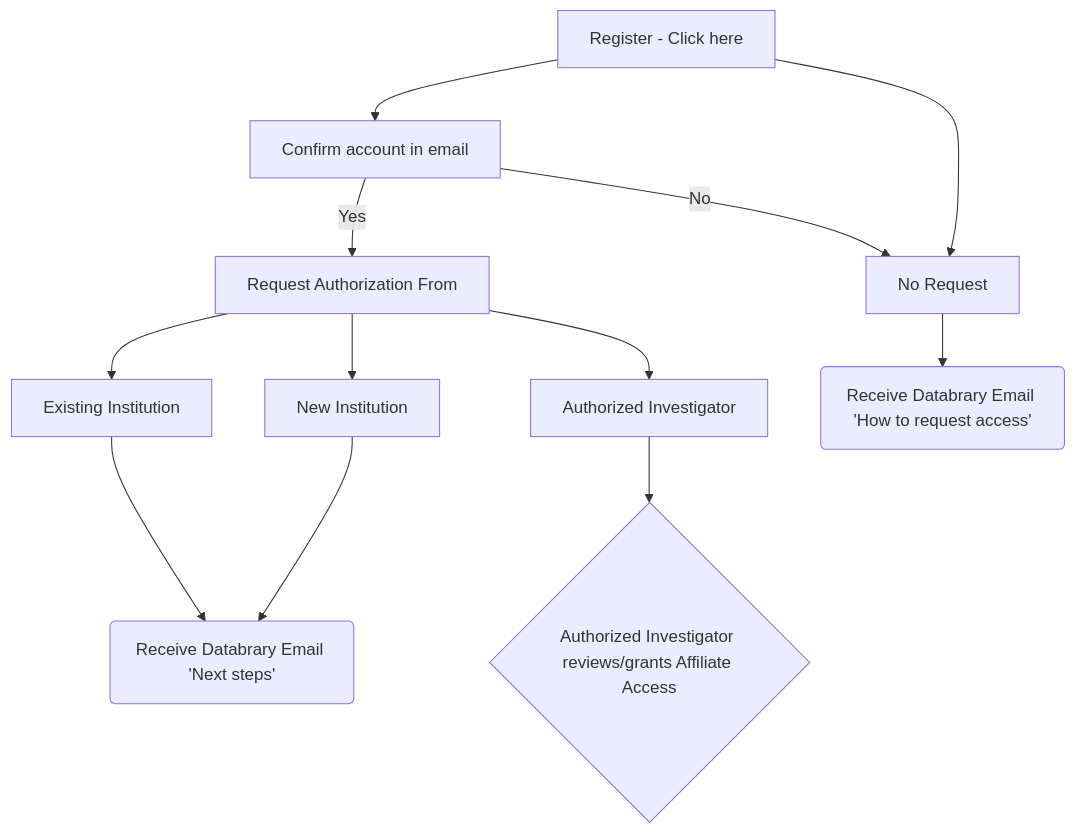
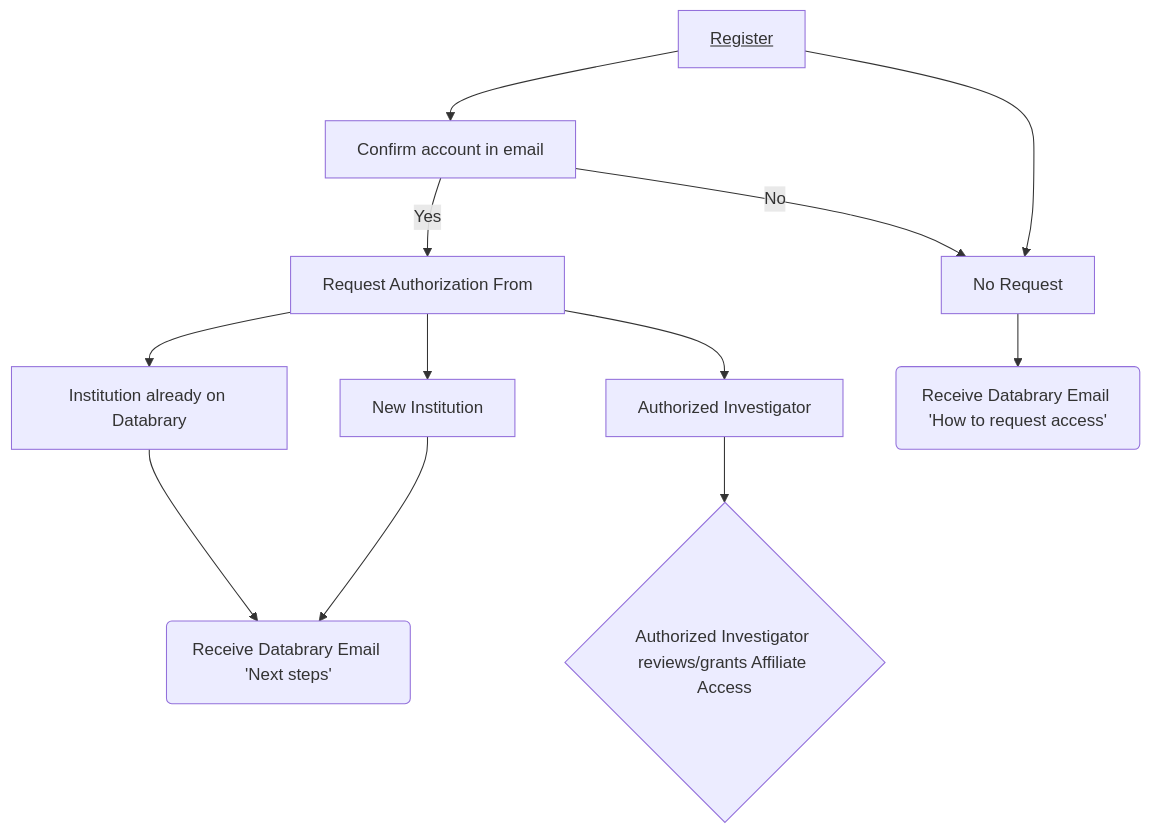
The second of 3 diagrams in src/admin/flowcharts.qmd (databrary/guide), drawn with Mermaid before and after one commit. The commit also changed other lines of this file and 1 other file, not shown here.

Commit message:
update links

````diff
--- a/src/admin/flowcharts.qmd
+++ b/src/admin/flowcharts.qmd
@@ -22,11 +22,11 @@
 ```{mermaid}
 flowchart
-  A[Register - Click here] --> B[Confirm account in email] -- Yes --> C[Request Authorization From]
-  C --> D[Existing Institution] --> H(Receive Databrary Email 'Information Required to Process...')
+  A[<u>Register</u>] --> B[Confirm account in email] -- Yes --> C[Request Authorization From]
+  C --> D[Institution already on Databrary] --> H(Receive Databrary Email 'Information Required to Process...')
   C --> E[New Institution] --> H(Receive Databrary Email 'Next steps')
   C --> G[Authorized Investigator] --> I{Authorized Investigator reviews/grants Affiliate Access}
   A --> F[No Request] --> J(Receive Databrary Email 'How to request access')
   B -- No --> F[No Request]
   
-  click A "https://nyu.databrary.org/user/register" "This is a link"
+  click A "https://nyu.databrary.org/user/register" "Link to Databrary Registration Page"
 ```
````
